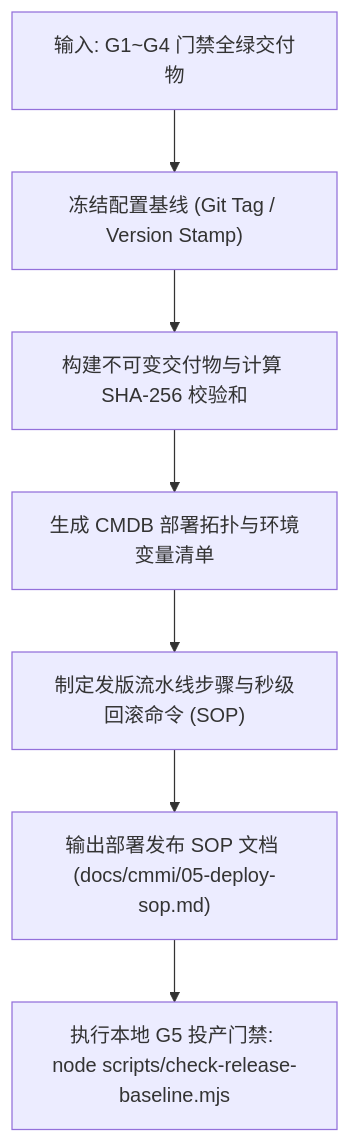
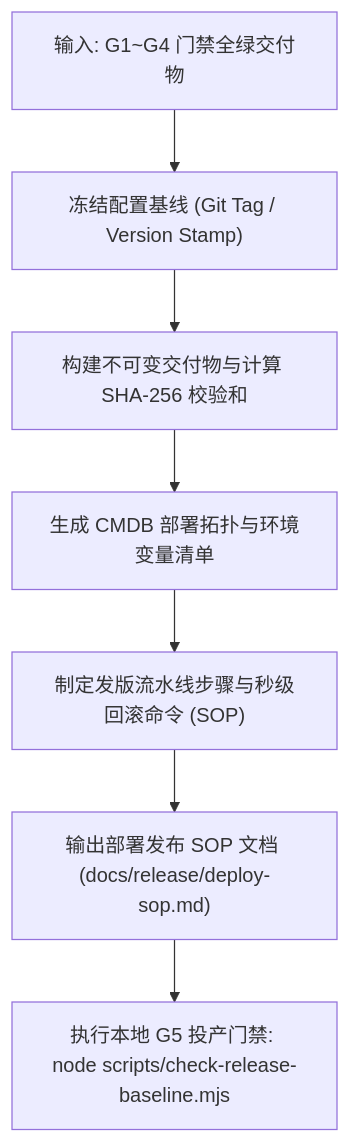
The diagram in .agents/skills/cmmi-immutable-release/SKILL.md (xaicd/coolie), drawn with Mermaid before and after one commit. The commit also changed other lines of this file and 437 other files, not shown here.

````diff
--- a/.agents/skills/cmmi-immutable-release/SKILL.md
+++ b/.agents/skills/cmmi-immutable-release/SKILL.md
@@ -26,9 +28,9 @@
 ```mermaid
 flowchart TD
   A["输入: G1~G4 门禁全绿交付物"] --> B["冻结配置基线 (Git Tag / Version Stamp)"]
   B --> C["构建不可变交付物与计算 SHA-256 校验和"]
   C --> D["生成 CMDB 部署拓扑与环境变量清单"]
   D --> E["制定发版流水线步骤与秒级回滚命令 (SOP)"]
-  E --> F["输出部署发布 SOP 文档 (docs/cmmi/05-deploy-sop.md)"]
+  E --> F["输出部署发布 SOP 文档 (docs/release/deploy-sop.md)"]
   F --> G["执行本地 G5 投产门禁: node scripts/check-release-baseline.mjs"]
 ```
````
